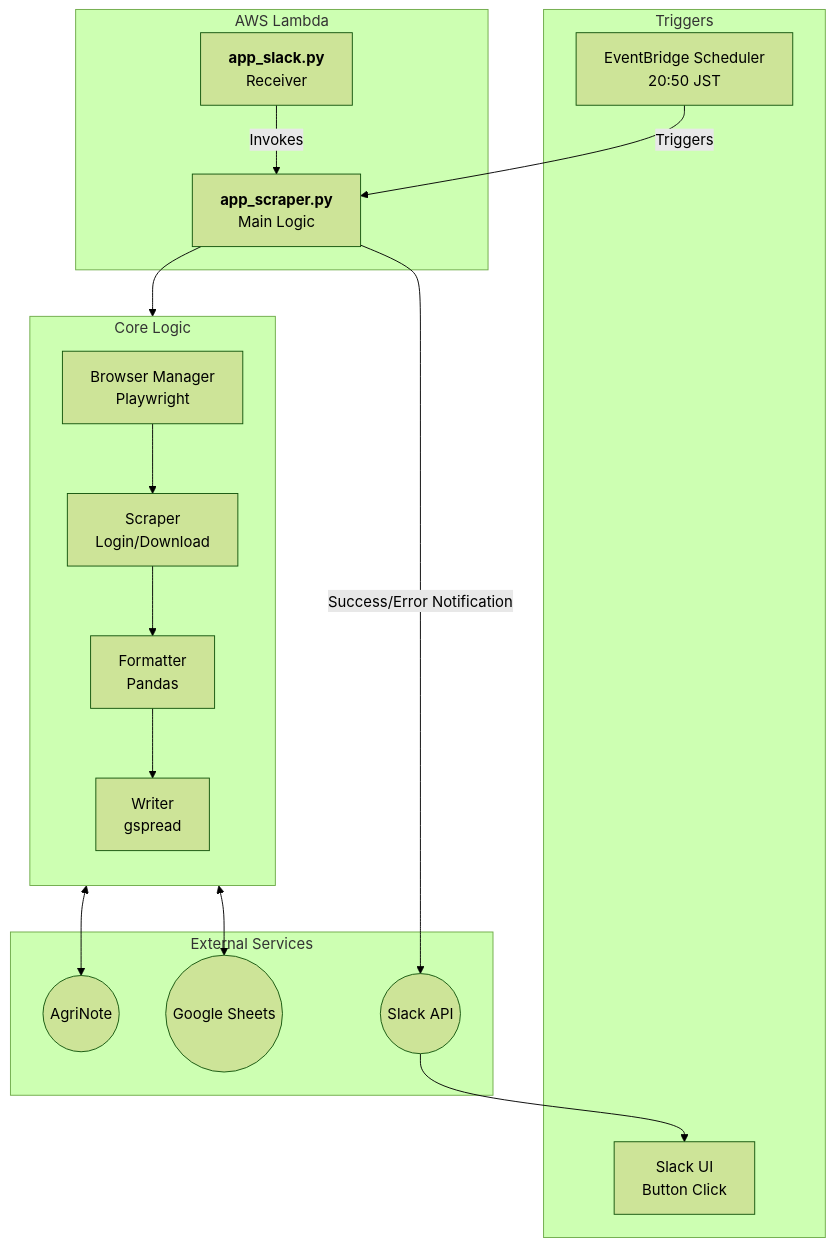
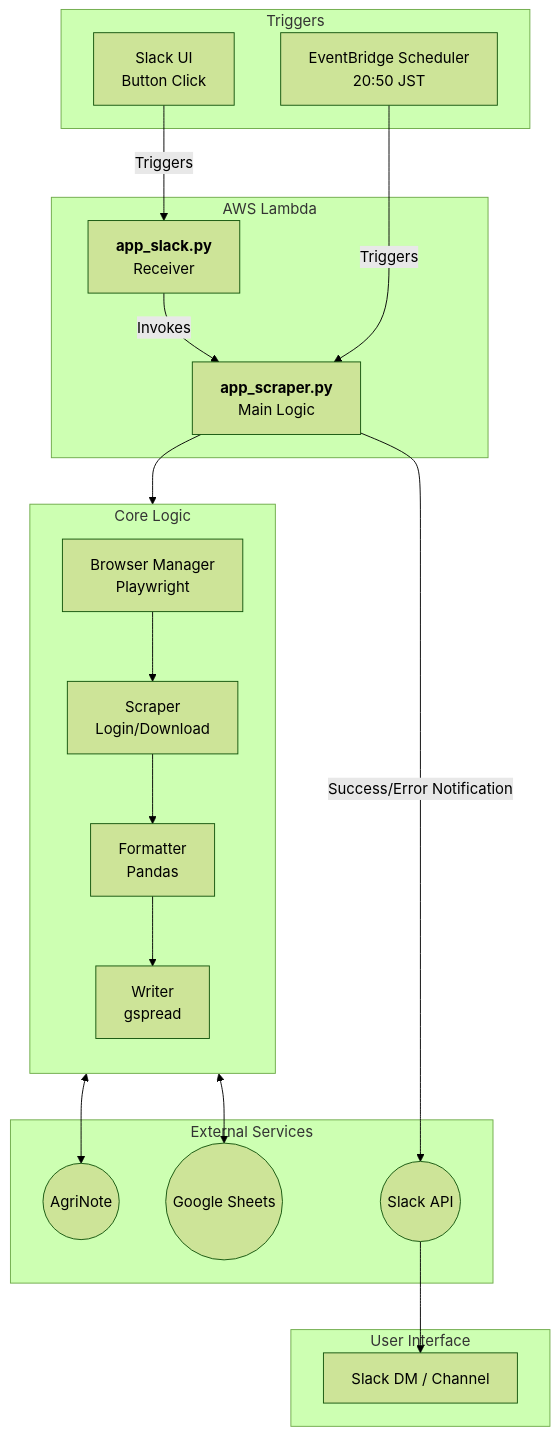
Before and after one commit to gozitomo/agrinote-scraper-for-lambda: the diagram in README.md, drawn with Mermaid (forest theme).

Commit message:
chore: edit mermaid flowchart in README

````diff
--- a/README.md
+++ b/README.md
@@ -17,39 +17,44 @@
 ```mermaid
 graph TD
     subgraph Triggers [Triggers]
         EB[EventBridge Scheduler<br/>20:50 JST]
-        Slack[Slack UI<br/>Button Click]
+        SlackButton[Slack UI<br/>Button Click]
         end
 
     subgraph AWS_LAMBDA [AWS Lambda]
         L1[<b>app_slack.py</b><br/>Receiver]
         L2[<b>app_scraper.py</b><br/>Main Logic]
 
         L1 --Invokes --> L2
+        SlackButton --Triggers --> L1
         EB --Triggers --> L2
     end
 
     subgraph Core_Logic [Core Logic]
         direction TB
         Browser[Browser Manager<br/>Playwright]
         Scraper[Scraper<br/>Login/Download]
         Formatter[Formatter<br/>Pandas]
         Writer[Writer<br/>gspread]
 
         L2 --> Browser
         Browser --> Scraper
         Scraper --> Formatter
         Formatter --> Writer
     end
 
     subgraph External_Services [External Services]
         Agrinote((AgriNote))
         GSheets((Google Sheets))
         SlackAPI((Slack API))
     end
 
+    subgraph User_Interface [User Interface]
+        SlackDM[Slack DM / Channel]
+    end
+
     Scraper <--> Agrinote
     Writer <--> GSheets
     L2 --Success/Error Notification --> SlackAPI
-    SlackAPI --> Slack
+    SlackAPI --> SlackDM
 ```
````
